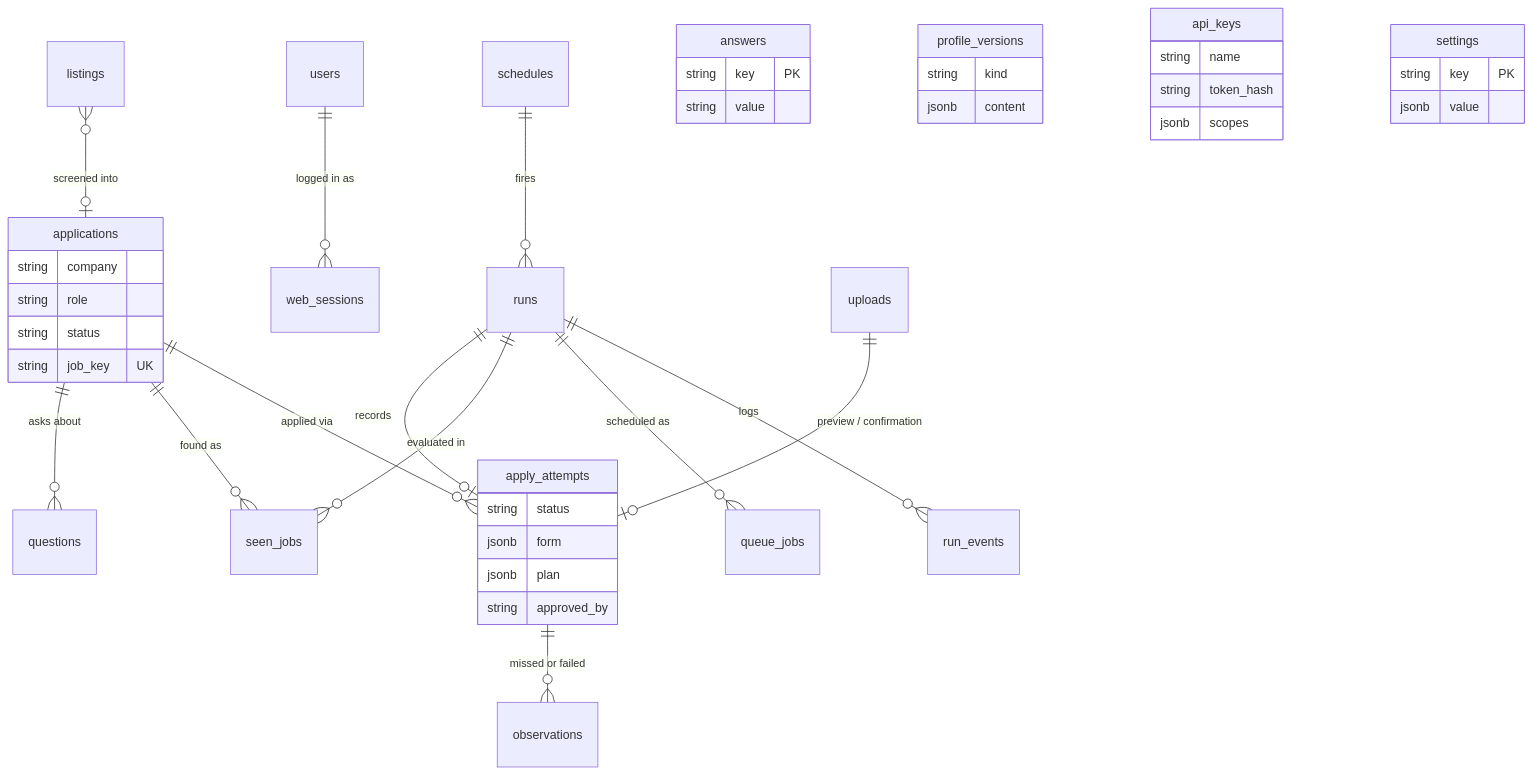
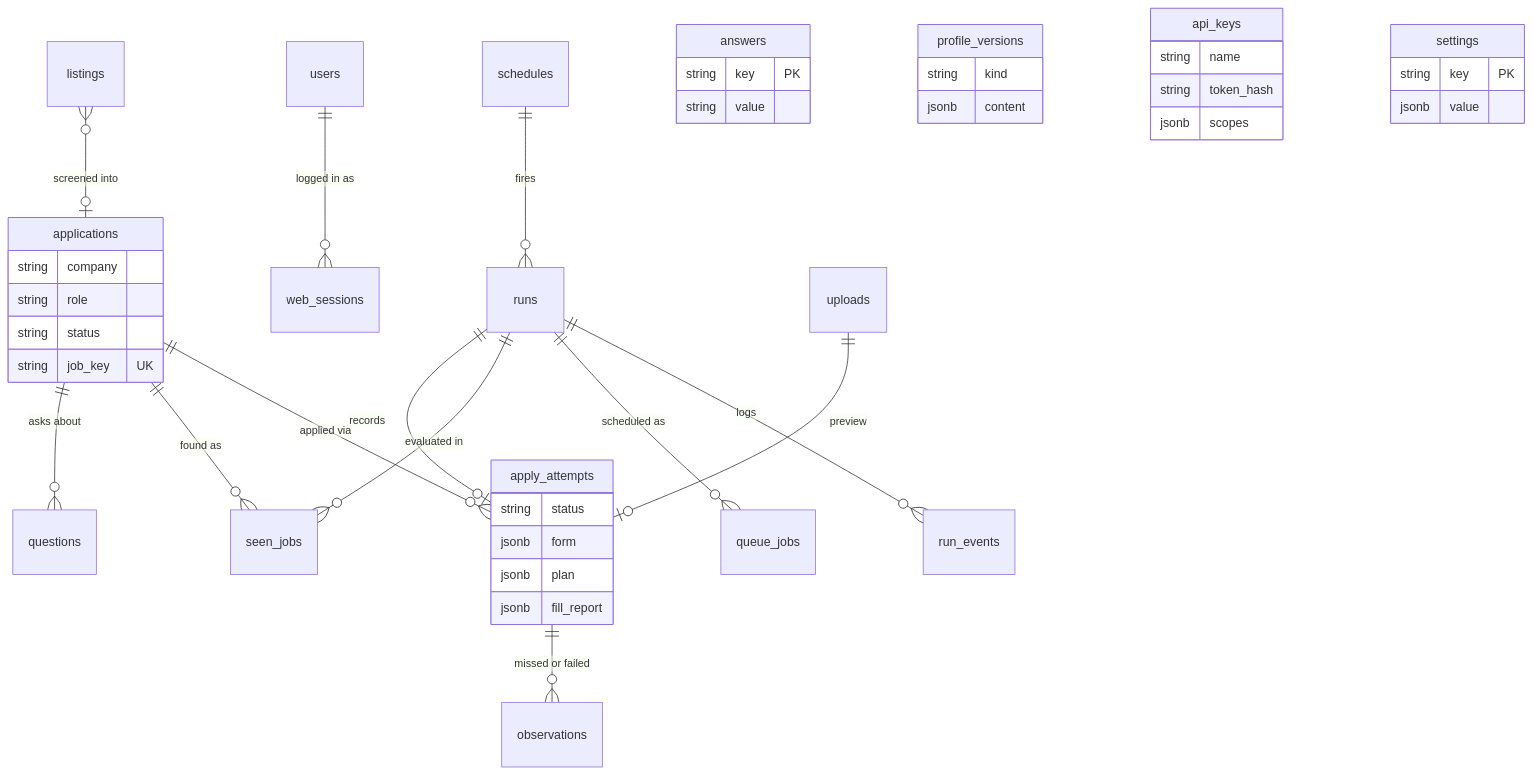
One commit to johnruge/appa changed the fourth of 7 diagrams in docs/TOUR.md. Above: the diagram before and after it, drawn with Mermaid. The commit also changed other lines of this file and 12 other files, not shown here.

````diff
--- a/docs/TOUR.md
+++ b/docs/TOUR.md
@@ -217,21 +219,21 @@
 ```mermaid
 erDiagram
     applications ||--o{ apply_attempts : "applied via"
     applications ||--o{ seen_jobs : "found as"
     applications ||--o{ questions : "asks about"
     runs ||--o{ run_events : "logs"
     runs ||--o{ queue_jobs : "scheduled as"
     runs ||--o{ seen_jobs : "evaluated in"
     runs ||--o| apply_attempts : "records"
     schedules ||--o{ runs : "fires"
     users ||--o{ web_sessions : "logged in as"
-    uploads ||--o| apply_attempts : "preview / confirmation"
+    uploads ||--o| apply_attempts : "preview"
     apply_attempts ||--o{ observations : "missed or failed"
     listings }o--o| applications : "screened into"
     applications { string company string role string status string job_key UK }
-    apply_attempts { string status jsonb form jsonb plan string approved_by }
+    apply_attempts { string status jsonb form jsonb plan jsonb fill_report }
     answers { string key PK string value }
     profile_versions { string kind jsonb content }
     api_keys { string name string token_hash jsonb scopes }
     settings { string key PK jsonb value }
 ```
````
